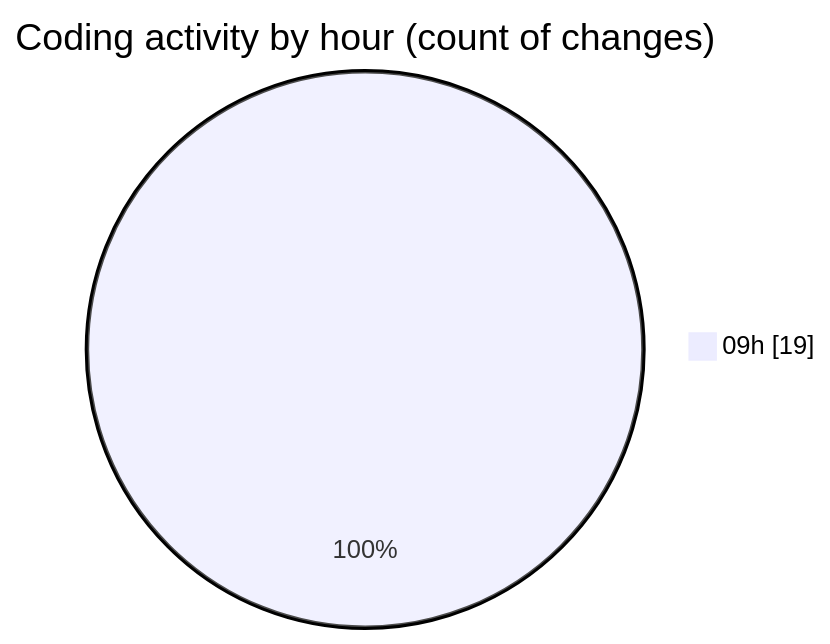
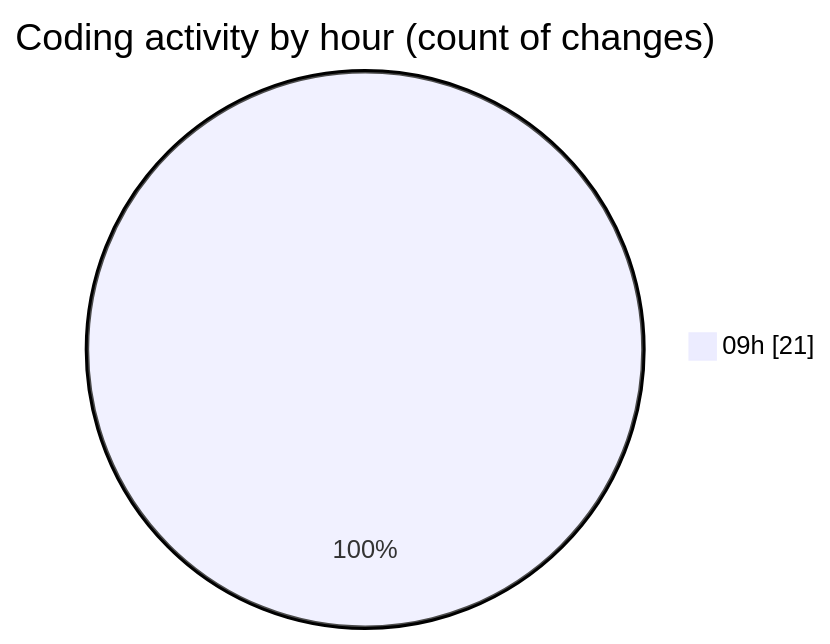
Before and after one commit to MatusMokan/code-tracking: the second of 2 diagrams in 2025-04-30/myws__workspace_/README.md, drawn with Mermaid. The commit also changed other lines of this file and 1 other file, not shown here.

````diff
--- a/2025-04-30/myws__workspace_/README.md
+++ b/2025-04-30/myws__workspace_/README.md
@@ -36,5 +37,5 @@
 ```mermaid
 pie showData
 title Coding activity by hour (count of changes)
-"09h" : 19
+"09h" : 21
 ```
````
